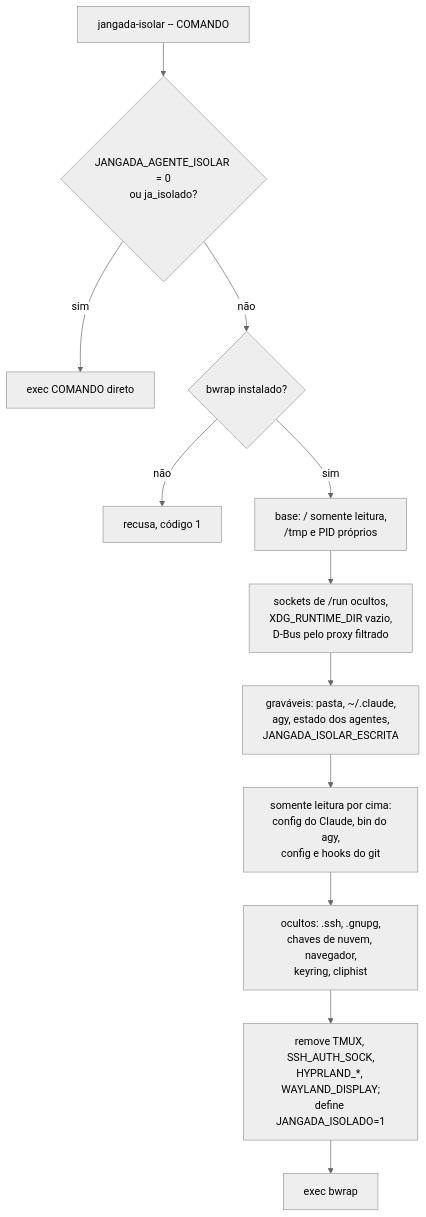
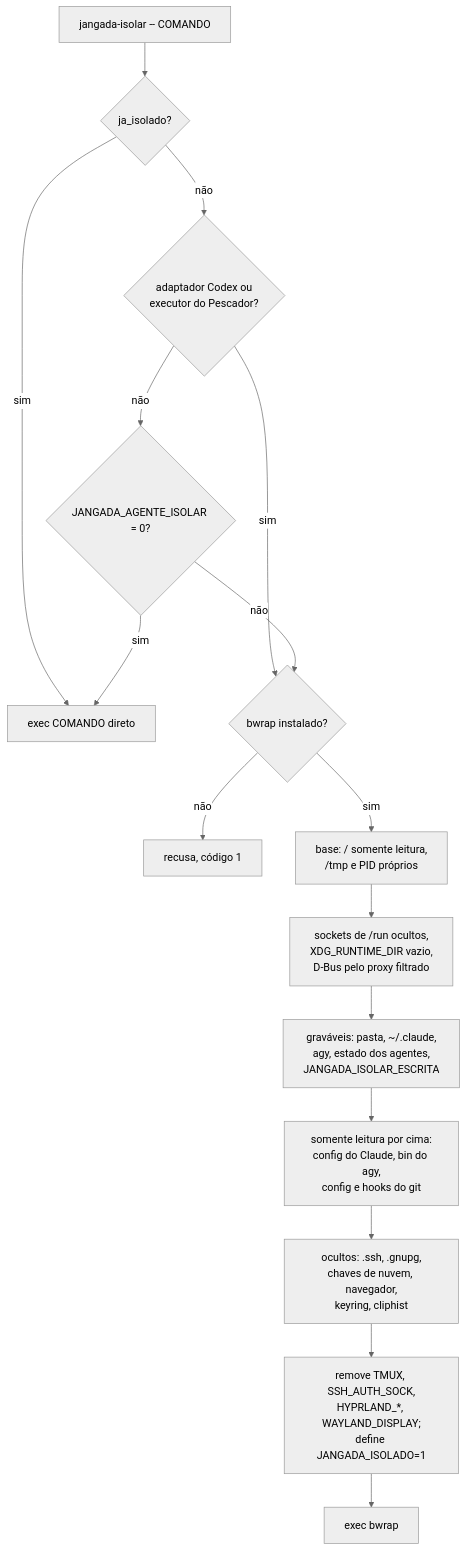
One commit to felipintoslv/jangada changed the second of 3 diagrams in docs/isolamento.md. Above: the diagram before and after it, drawn with Mermaid (neutral theme). The commit also changed other lines of this file and 5 other files, not shown here.

````diff
--- a/docs/isolamento.md
+++ b/docs/isolamento.md
@@ -49,14 +52,18 @@
 ```mermaid
 flowchart TD
-    A[jangada-isolar -- COMANDO] --> B{JANGADA_AGENTE_ISOLAR = 0<br>ou ja_isolado?}
+    A[jangada-isolar -- COMANDO] --> B{ja_isolado?}
     B -- sim --> X[exec COMANDO direto]
-    B -- não --> C{bwrap instalado?}
+    B -- não --> O{adaptador Codex ou<br>executor do Pescador?}
+    O -- sim --> C{bwrap instalado?}
+    O -- não --> P{JANGADA_AGENTE_ISOLAR = 0?}
+    P -- sim --> X
+    P -- não --> C
     C -- não --> F[recusa, código 1]
     C -- sim --> D[base: / somente leitura,<br>/tmp e PID próprios]
     D --> E[sockets de /run ocultos,<br>XDG_RUNTIME_DIR vazio,<br>D-Bus pelo proxy filtrado]
     E --> G[graváveis: pasta, ~/.claude,<br>agy, estado dos agentes,<br>JANGADA_ISOLAR_ESCRITA]
     G --> H[somente leitura por cima:<br>config do Claude, bin do agy,<br>config e hooks do git]
     H --> I[ocultos: .ssh, .gnupg,<br>chaves de nuvem, navegador,<br>keyring, cliphist]
     I --> J[remove TMUX, SSH_AUTH_SOCK,<br>HYPRLAND_*, WAYLAND_DISPLAY;<br>define JANGADA_ISOLADO=1]
     J --> K[exec bwrap]
 ```
````
